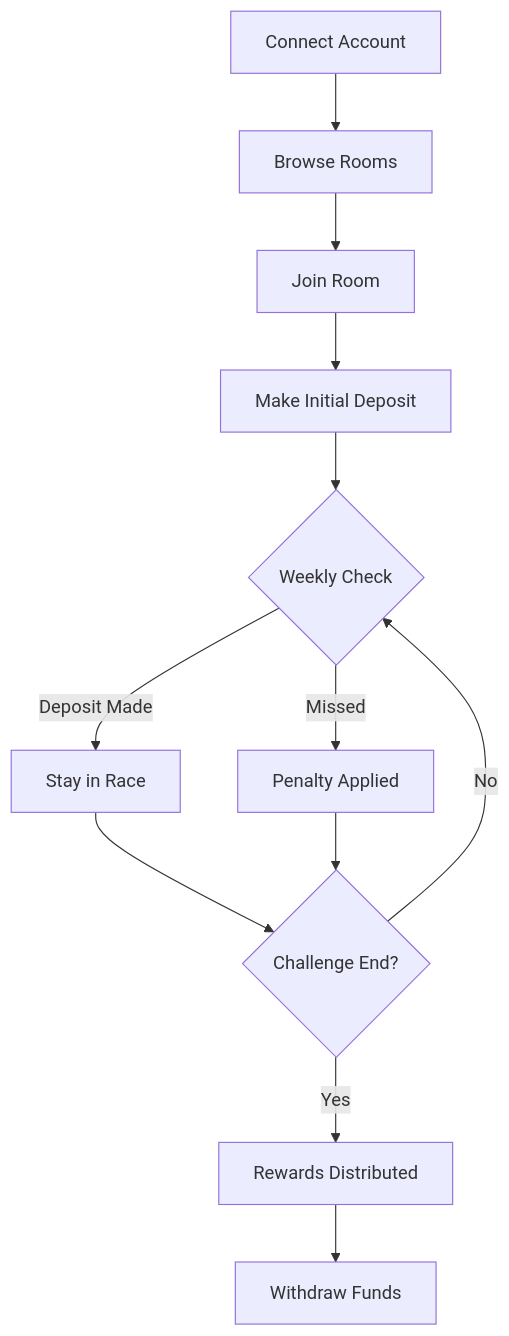
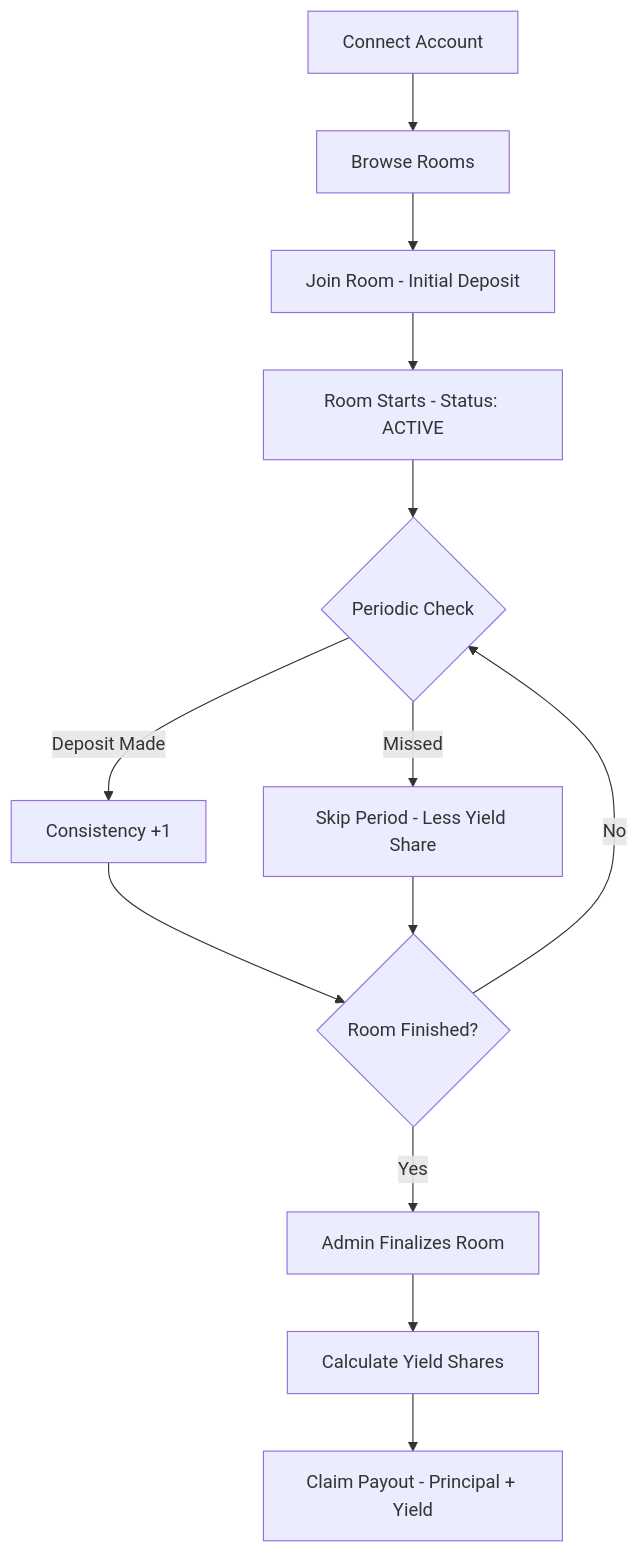
One commit to Im-A-Nuel/moneyraceapp changed the diagram in docs/how-it-works/README.md. Above: the diagram before and after it, drawn with Mermaid. The commit also changed other lines of this file and 15 other files, not shown here.

````diff
--- a/docs/how-it-works/README.md
+++ b/docs/how-it-works/README.md
@@ -114,14 +127,15 @@
 ```mermaid
 graph TD
     A[Connect Account] --> B[Browse Rooms]
-    B --> C[Join Room]
-    C --> D[Make Initial Deposit]
-    D --> E{Weekly Check}
-    E -->|Deposit Made| F[Stay in Race]
-    E -->|Missed| G[Penalty Applied]
-    F --> H{Challenge End?}
+    B --> C[Join Room - Initial Deposit]
+    C --> D[Room Starts - Status: ACTIVE]
+    D --> E{Periodic Check}
+    E -->|Deposit Made| F[Consistency +1]
+    E -->|Missed| G[Skip Period - Less Yield Share]
+    F --> H{Room Finished?}
     G --> H
     H -->|No| E
-    H -->|Yes| I[Rewards Distributed]
-    I --> J[Withdraw Funds]
+    H -->|Yes| I[Admin Finalizes Room]
+    I --> J[Calculate Yield Shares]
+    J --> K[Claim Payout - Principal + Yield]
 ```
````
